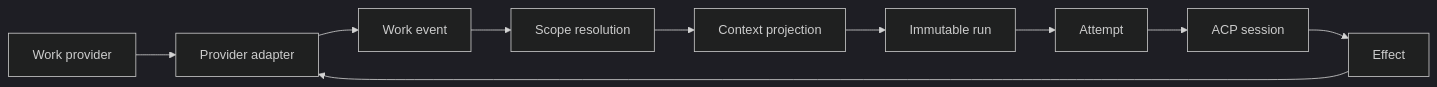
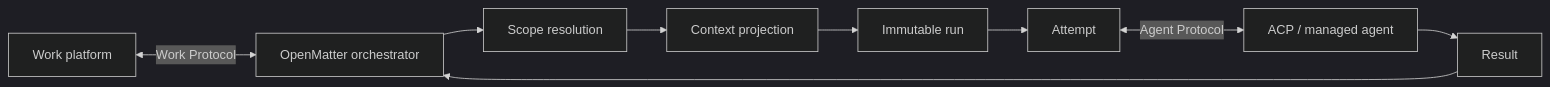
One commit to openma-ai/OpenMatter changed the diagram in README.md. Above: the diagram before and after it, drawn with Mermaid (dark theme). The commit also changed other lines of this file and 1 other file, not shown here.

Commit message:
docs: define two-protocol orchestration model

````diff
--- a/README.md
+++ b/README.md
@@ -28,12 +33,11 @@
 ```mermaid
 flowchart LR
-    P["Work provider"] --> A["Provider adapter"]
-    A --> E["Work event"]
-    E --> S["Scope resolution"]
+    P["Work platform"] <-->|"Work Protocol"| O["OpenMatter orchestrator"]
+    O --> S["Scope resolution"]
     S --> C["Context projection"]
     C --> R["Immutable run"]
     R --> T["Attempt"]
-    T --> ACP["ACP session"]
-    ACP --> X["Effect"]
-    X --> A
+    T <-->|"Agent Protocol"| A["ACP / managed agent"]
+    A --> X["Result"]
+    X --> O
 ```
````
